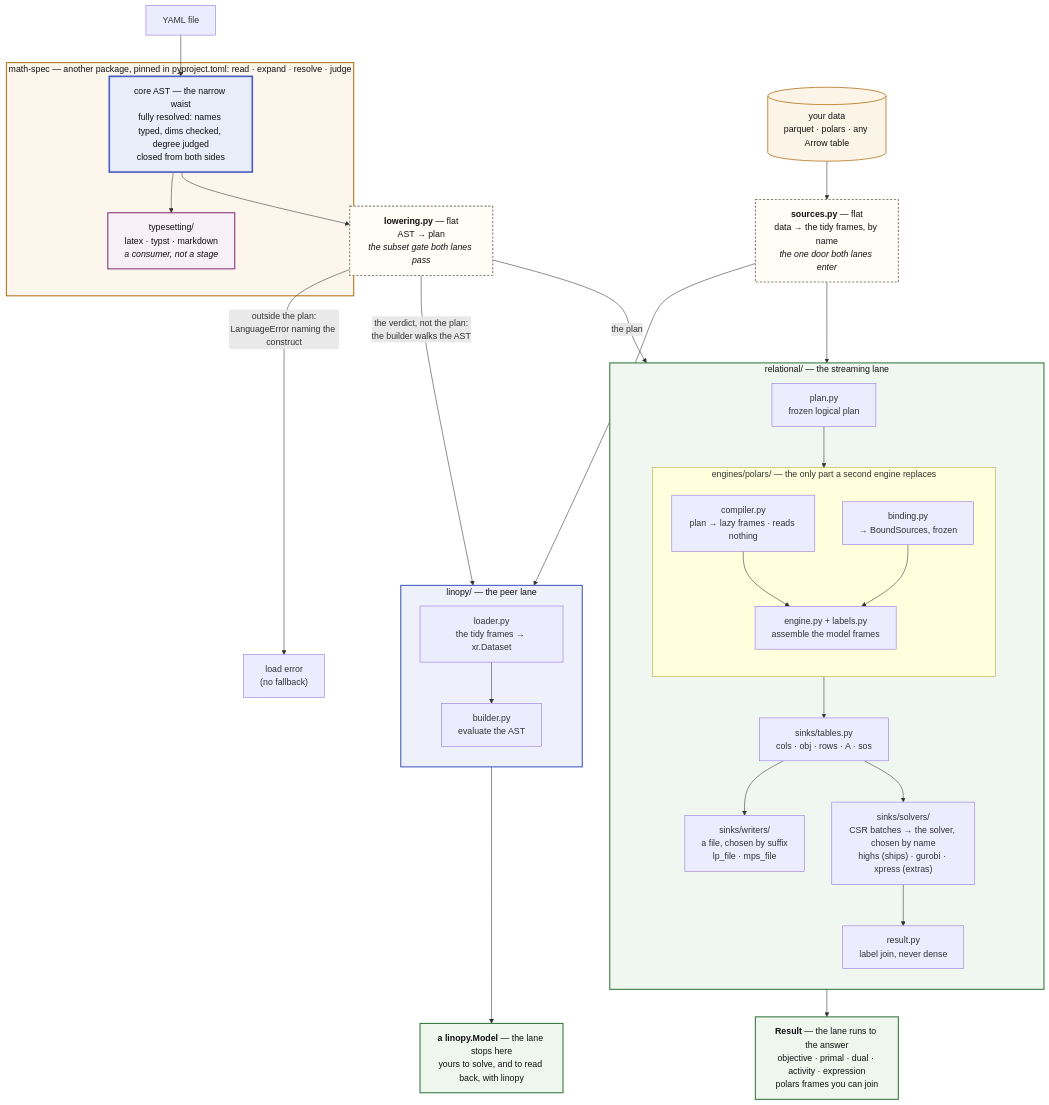
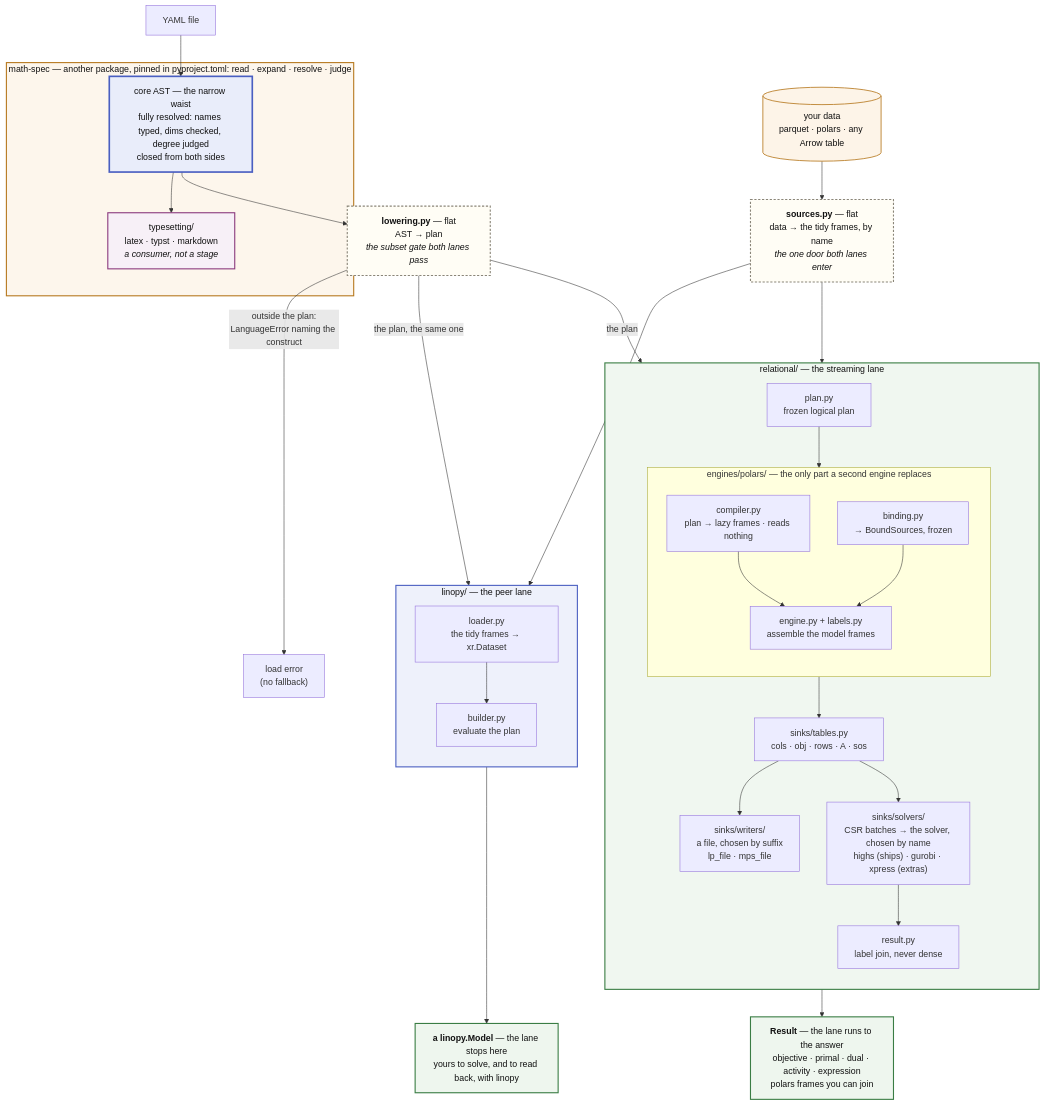
Before and after one commit to FBumann/linopy-yaml: the first of 2 diagrams in docs/about/architecture.md, drawn with Mermaid. The commit also changed other lines of this file and 1 other file, not shown here.

First line of the commit message:
docs: the plan's thirteen nodes are one table, each with the query and the linopy call it becomes

````diff
--- a/docs/about/architecture.md
+++ b/docs/about/architecture.md
@@ -73,63 +73,63 @@
 ```mermaid
 flowchart TB
     Y[YAML file] --> AST
     DATA[("your data<br/>parquet · polars · any Arrow table")] --> SRC
 
     subgraph MS["math-spec — another package, pinned in pyproject.toml: read · expand · resolve · judge"]
         AST["core AST — the narrow waist<br/>fully resolved: names typed, dims checked, degree judged<br/>closed from both sides"]
         AST --> TS["typesetting/<br/>latex · typst · markdown<br/><i>a consumer, not a stage</i>"]
     end
 
     AST --> LOWER
     %% layout only: puts the two seams on one rank
     AST ~~~ SRC
 
     LOWER["<b>lowering.py</b> — flat<br/>AST → plan<br/><i>the subset gate both lanes pass</i>"]
     SRC["<b>sources.py</b> — flat<br/>data → the tidy frames, by name<br/><i>the one door both lanes enter</i>"]
 
     LOWER -->|"outside the plan:<br/>LanguageError naming the construct"| ERR["load error<br/>(no fallback)"]
     LOWER -->|"the plan"| PLAN
     SRC --> BIND
-    LOWER -->|"the verdict, not the plan:<br/>the builder walks the AST"| BUILD
+    LOWER -->|"the plan, the same one"| BUILD
     SRC --> LOAD
 
     subgraph REL["relational/ — the streaming lane"]
         direction TB
         PLAN["plan.py<br/>frozen logical plan"] --> ENG
         subgraph ENG["engines/polars/ — the only part a second engine replaces"]
             direction TB
             COMP["compiler.py<br/>plan → lazy frames · reads nothing"] --> ENGINE
             BIND["binding.py<br/>→ BoundSources, frozen"] --> ENGINE["engine.py + labels.py<br/>assemble the model frames"]
         end
         ENG --> TABLES["sinks/tables.py<br/>cols · obj · rows · A · sos"]
         TABLES --> LPS["sinks/writers/<br/>a file, chosen by suffix<br/>lp_file · mps_file"]
         TABLES --> DIRECT["sinks/solvers/<br/>CSR batches → the solver, chosen by name<br/>highs (ships) · gurobi · xpress (extras)"]
         DIRECT --> SOL["result.py<br/>label join, never dense"]
     end
 
     SOL --> ANS["<b>Result</b> — the lane runs to the answer<br/>objective · primal · dual · activity · expression<br/>polars frames you can join"]
 
     subgraph LIN["linopy/ — the peer lane"]
         direction TB
-        LOAD["loader.py<br/>the tidy frames → xr.Dataset"] --> BUILD["builder.py<br/>evaluate the AST"]
+        LOAD["loader.py<br/>the tidy frames → xr.Dataset"] --> BUILD["builder.py<br/>evaluate the plan"]
     end
 
     BUILD --> MODEL["<b>a linopy.Model</b> — the lane stops here<br/>yours to solve, and to read back, with linopy"]
 
     classDef laneL fill:#fdf6ec,stroke:#b7791f,stroke-width:2px,color:#111
     classDef laneR fill:#f0f7f0,stroke:#3a7d44,stroke-width:2px,color:#111
     classDef laneE fill:#eef1fb,stroke:#4a5fc1,stroke-width:2px,color:#111
     classDef laneT fill:#f7f0f7,stroke:#8b3a7d,stroke-width:2px,color:#111
     classDef waist fill:#e9edfa,stroke:#4a5fc1,stroke-width:3px,color:#111
     classDef flat fill:#fffdf5,stroke:#8a8578,stroke-width:2px,stroke-dasharray:4 3,color:#111
     classDef data fill:#fdf4e8,stroke:#b7791f,stroke-width:1.5px,color:#111
     classDef out fill:#eef6ee,stroke:#3a7d44,stroke-width:2px,color:#111
     class MS laneL
     class REL laneR
     class LIN laneE
     class TS laneT
     class AST waist
     class LOWER,SRC flat
     class DATA data
     class ANS,MODEL out
 ```
````
